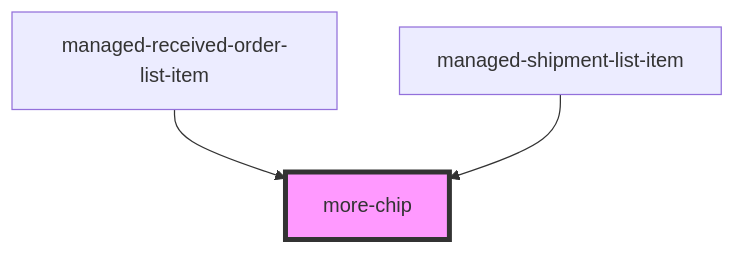
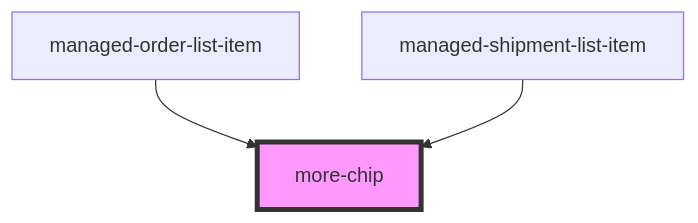
One commit to PharmaLedger-IMI/fgt-workspace changed the diagram in pdm-web-components/src/components/more-chip/readme.md. Above: the diagram before and after it, drawn with Mermaid. The commit also changed other lines of this file and 50 other files, not shown here.

````diff
--- a/pdm-web-components/src/components/more-chip/readme.md
+++ b/pdm-web-components/src/components/more-chip/readme.md
@@ -34,6 +34,6 @@
 ```mermaid
 graph TD;
-  managed-received-order-list-item --> more-chip
+  managed-order-list-item --> more-chip
   managed-shipment-list-item --> more-chip
   style more-chip fill:#f9f,stroke:#333,stroke-width:4px
 ```
````
